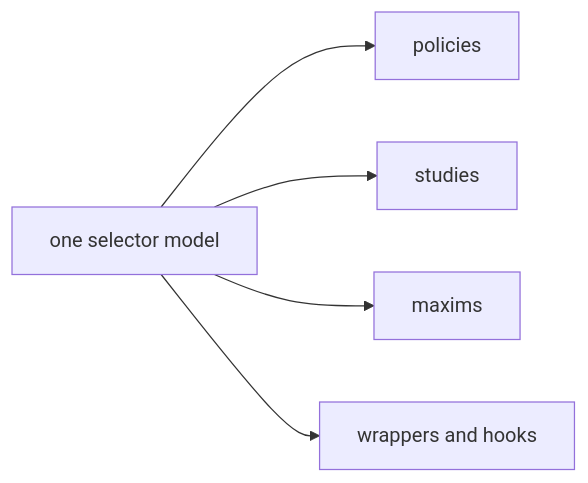
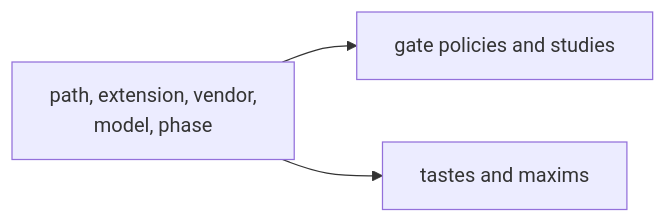
Before and after one commit to infimalabs/spice-rust: the eighth of 13 diagrams in docs/product/interfaces.md, drawn with Mermaid. The commit also changed other lines of this file and 120 other files, not shown here.

````diff
--- a/docs/product/interfaces.md
+++ b/docs/product/interfaces.md
@@ -233,7 +233,5 @@
 ```mermaid
 flowchart LR
-  S["one selector model"] --> P[policies]
-  S --> ST[studies]
-  S --> M[maxims]
-  S --> W[wrappers and hooks]
+  S["path, extension, vendor,<br/>model, phase"] --> P[gate policies and studies]
+  S --> M[tastes and maxims]
 ```
````
